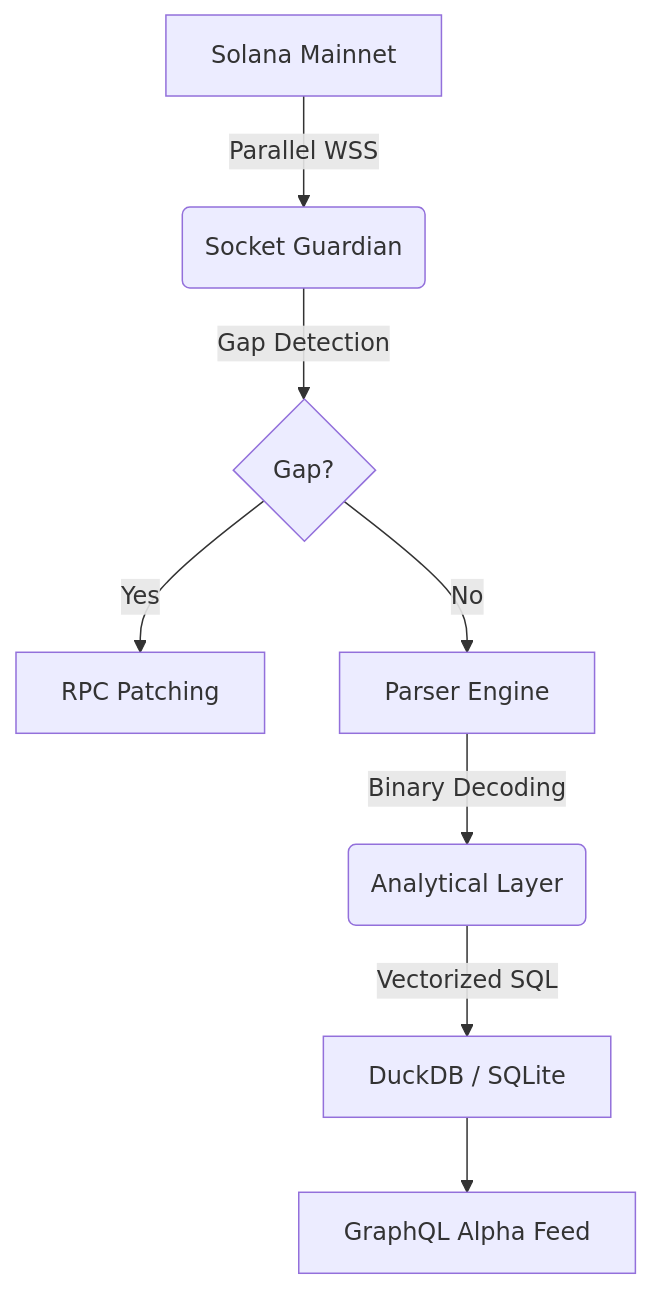
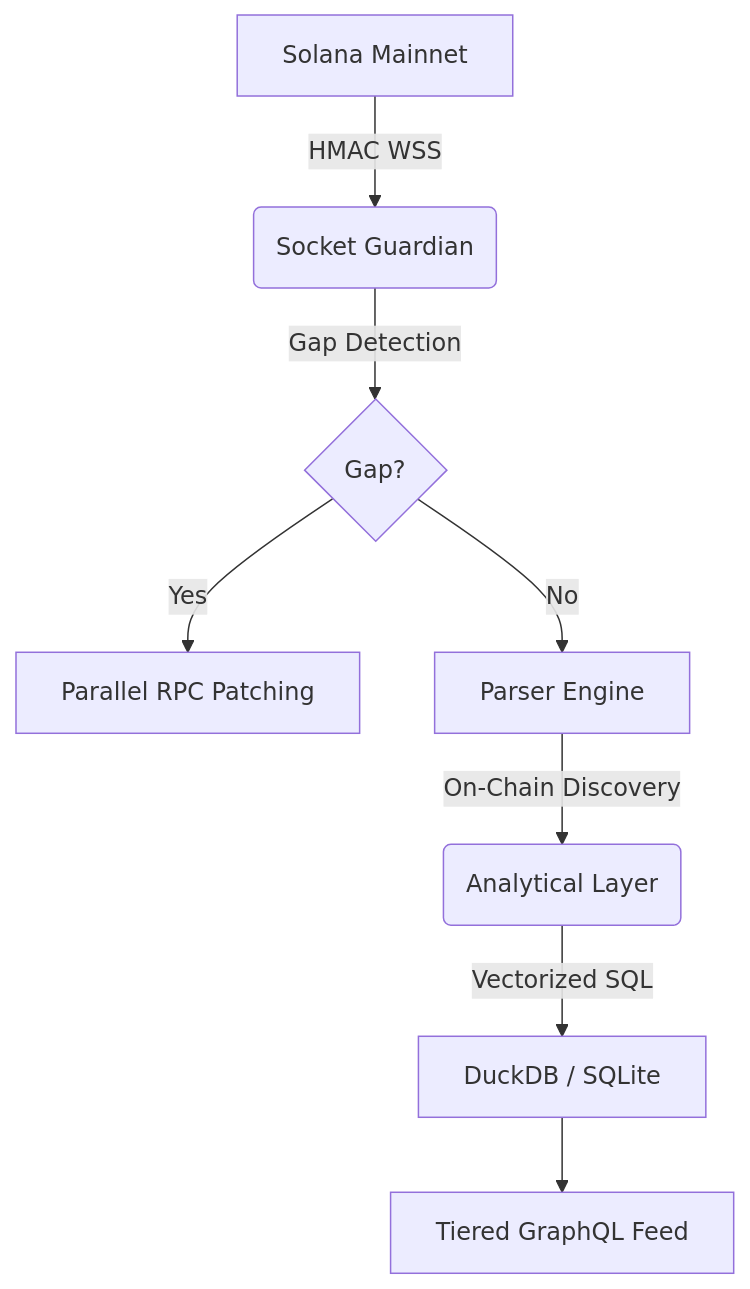
The diagram in README.md (RYthaGOD/Aether-Index), drawn with Mermaid before and after one commit. The commit also changed other lines of this file and 28 other files, not shown here.

````diff
--- a/README.md
+++ b/README.md
@@ -32,10 +33,10 @@
 ```mermaid
 graph TD
-    A[Solana Mainnet] -- Parallel WSS --> B(Socket Guardian)
+    A[Solana Mainnet] -- HMAC WSS --> B(Socket Guardian)
     B -- Gap Detection --> C{Gap?}
-    C -- Yes --> D[RPC Patching]
+    C -- Yes --> D[Parallel RPC Patching]
     C -- No --> E[Parser Engine]
-    E -- Binary Decoding --> F(Analytical Layer)
+    E -- On-Chain Discovery --> F(Analytical Layer)
     F -- Vectorized SQL --> G[DuckDB / SQLite]
-    G --> H[GraphQL Alpha Feed]
+    G --> H[Tiered GraphQL Feed]
 ```
````
